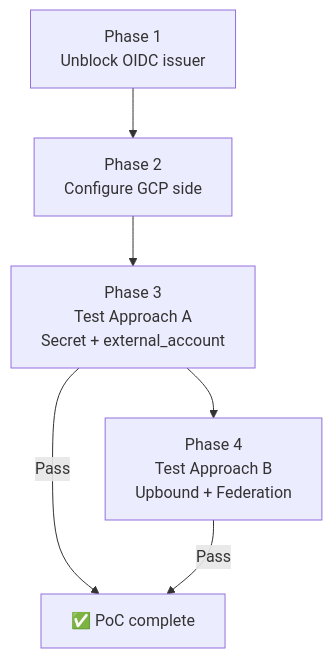
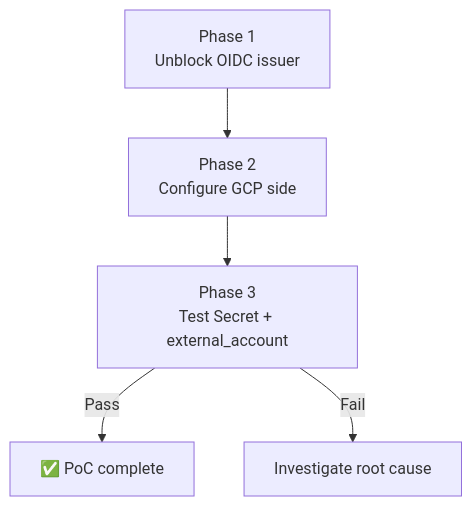
One commit to aripermana-putra/ucp-docs-collection changed the diagram in docs/projects/universal-control-plane-ucp/pocs/wif-gcp/design.md. Above: the diagram before and after it, drawn with Mermaid. The commit also changed other lines of this file and 2 other files, not shown here.

Commit message:
docs(wif): remove InjectedIdentity and Upbound+Federation — not viable for UCP multi-tenant model

````diff
--- a/docs/projects/universal-control-plane-ucp/pocs/wif-gcp/design.md
+++ b/docs/projects/universal-control-plane-ucp/pocs/wif-gcp/design.md
@@ -50,8 +48,7 @@
 ```mermaid
 flowchart TD
     P1[Phase 1\nUnblock OIDC issuer] --> P2[Phase 2\nConfigure GCP side]
-    P2 --> P3[Phase 3\nTest Approach A\nSecret + external_account]
-    P3 --> P4[Phase 4\nTest Approach B\nUpbound + Federation]
+    P2 --> P3[Phase 3\nTest Secret + external_account]
     P3 -->|Pass| Done[✅ PoC complete]
-    P4 -->|Pass| Done
+    P3 -->|Fail| Investigate[Investigate root cause]
 ```
````
